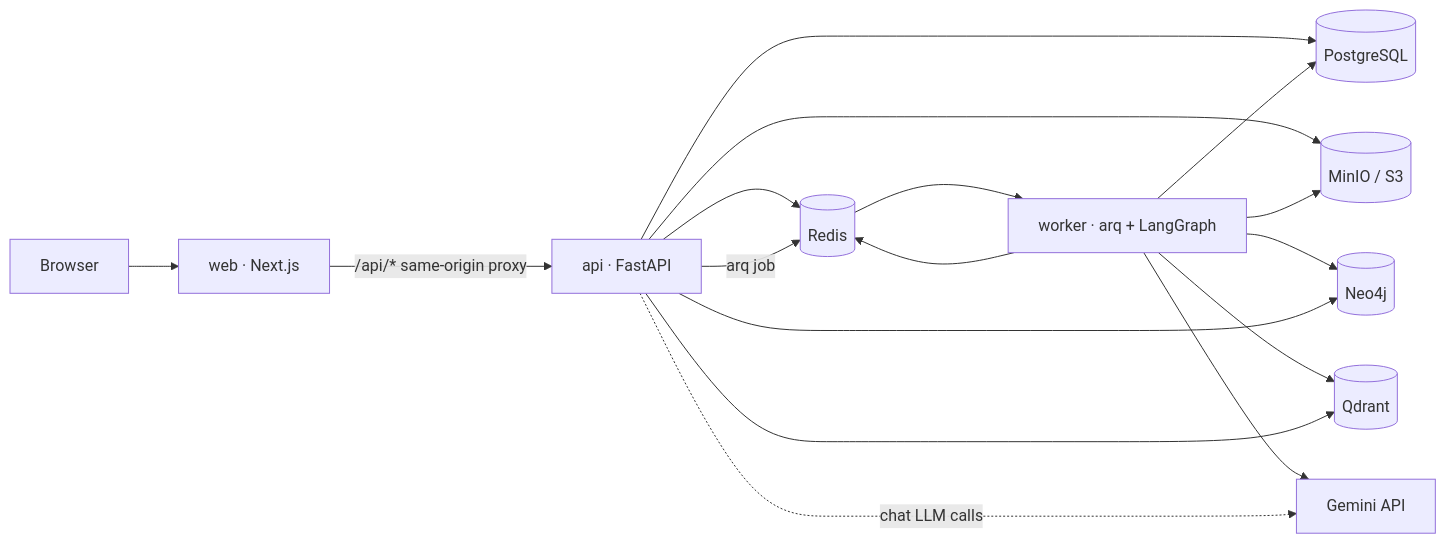
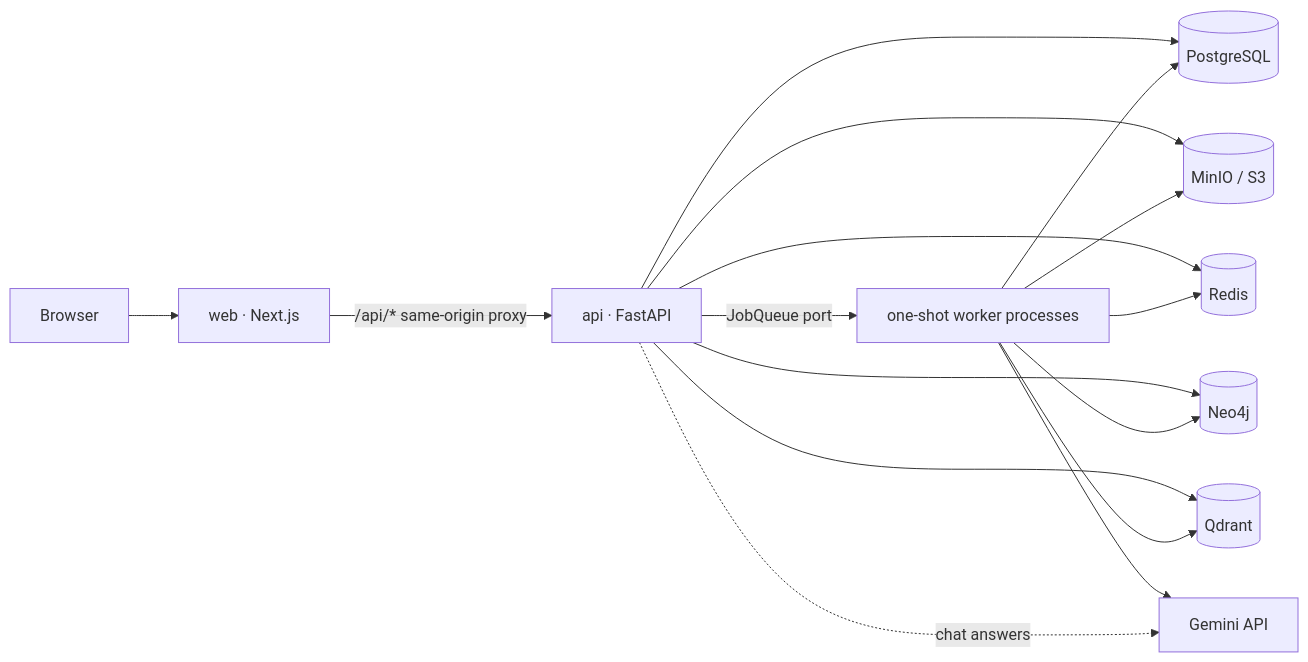
The first of 2 diagrams in docs/HLD.md (Saravankumar25/Unfold), drawn with Mermaid before and after one commit. The commit also changed other lines of this file and 8 other files, not shown here.

````diff
--- a/docs/HLD.md
+++ b/docs/HLD.md
@@ -15,16 +19,13 @@
 ```mermaid
 flowchart LR
   U[Browser] --> WEB[web · Next.js]
   WEB -- /api/* same-origin proxy --> API[api · FastAPI]
   API --> PG[(PostgreSQL)]
+  API --> OBJ[(MinIO / S3)]
   API --> RD[(Redis)]
-  API --> OBJ[(MinIO / S3)]
-  API -- arq job --> RD
-  RD --> WK[worker · arq + LangGraph]
-  WK --> PG & RD & OBJ
-  WK --> NEO[(Neo4j)]
-  WK --> QD[(Qdrant)]
+  API --> NEO[(Neo4j)] & QD[(Qdrant)]
+  API -- JobQueue port --> WK[one-shot worker processes]
+  WK --> PG & OBJ & RD & NEO & QD
   WK --> GEM[Gemini API]
-  API --> NEO & QD
-  API -. chat LLM calls .-> GEM
+  API -. chat answers .-> GEM
 ```
````
